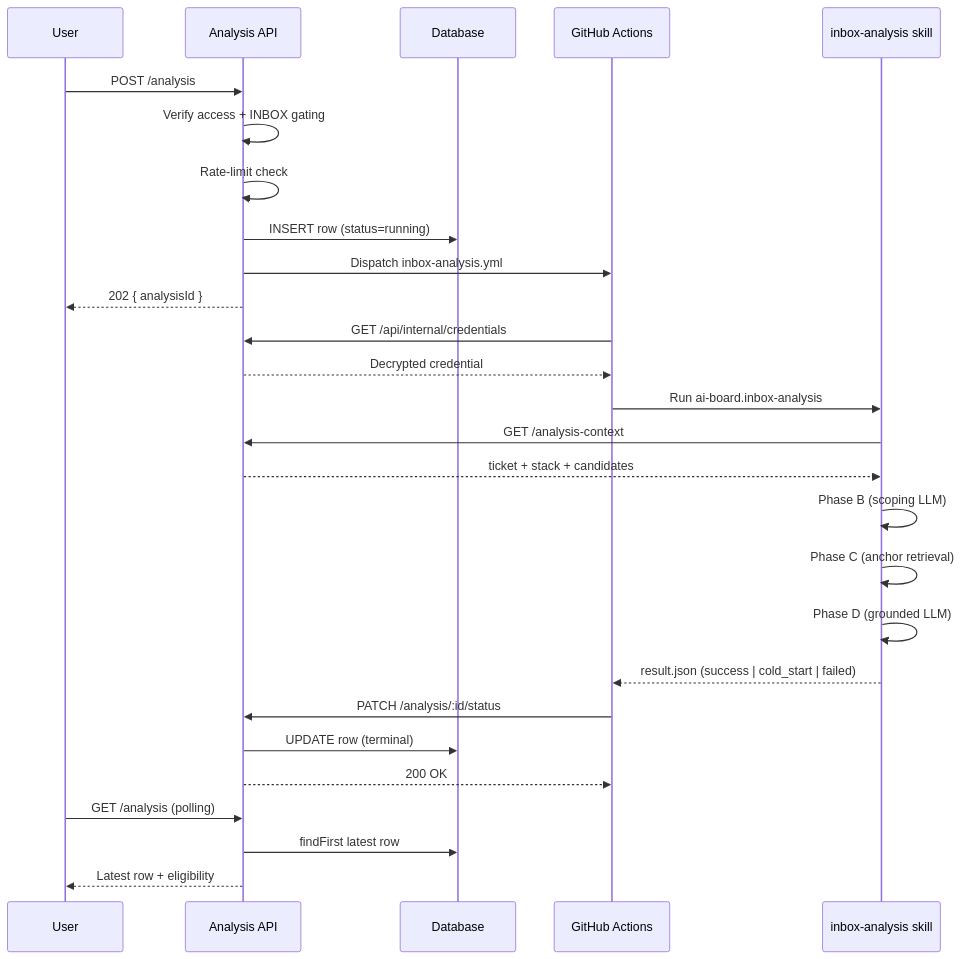
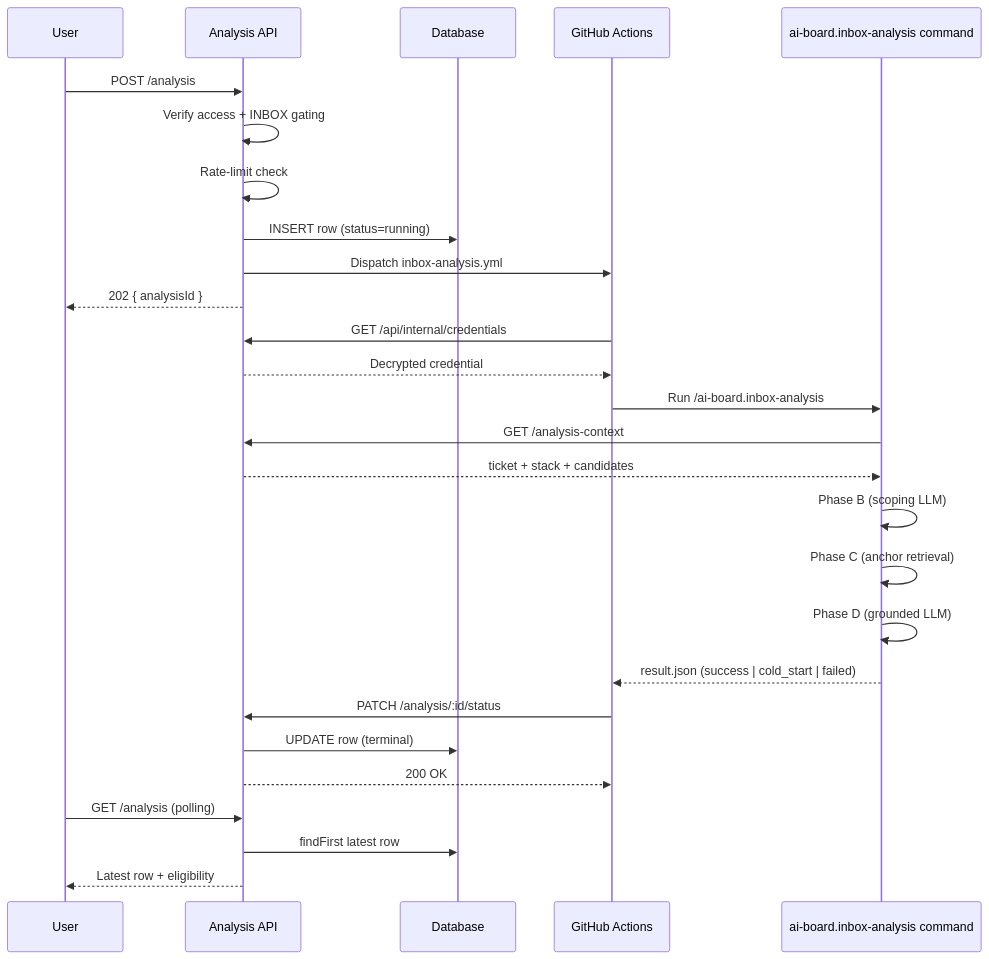
One commit to bfernandez31/ai-board changed the second of 2 diagrams in specs/specifications/technical/api/endpoints/tickets.md. Above: the diagram before and after it, drawn with Mermaid. The commit also changed other lines of this file and 23 other files, not shown here.

First line of the commit message:
refactor(ticket-AIB-743): force Claude for analysis, fix cost table, drop skills

````diff
--- a/specs/specifications/technical/api/endpoints/tickets.md
+++ b/specs/specifications/technical/api/endpoints/tickets.md
@@ -1442,33 +1442,33 @@
 ```mermaid
 sequenceDiagram
     participant U as User
     participant API as Analysis API
     participant DB as Database
     participant GH as GitHub Actions
-    participant Skill as inbox-analysis skill
+    participant Cmd as ai-board.inbox-analysis command
 
     U->>API: POST /analysis
     API->>API: Verify access + INBOX gating
     API->>API: Rate-limit check
     API->>DB: INSERT row (status=running)
     API->>GH: Dispatch inbox-analysis.yml
     API-->>U: 202 { analysisId }
 
     GH->>API: GET /api/internal/credentials
     API-->>GH: Decrypted credential
-    GH->>Skill: Run ai-board.inbox-analysis
-    Skill->>API: GET /analysis-context
-    API-->>Skill: ticket + stack + candidates
-    Skill->>Skill: Phase B (scoping LLM)
-    Skill->>Skill: Phase C (anchor retrieval)
-    Skill->>Skill: Phase D (grounded LLM)
-    Skill-->>GH: result.json (success | cold_start | failed)
+    GH->>Cmd: Run /ai-board.inbox-analysis
+    Cmd->>API: GET /analysis-context
+    API-->>Cmd: ticket + stack + candidates
+    Cmd->>Cmd: Phase B (scoping LLM)
+    Cmd->>Cmd: Phase C (anchor retrieval)
+    Cmd->>Cmd: Phase D (grounded LLM)
+    Cmd-->>GH: result.json (success | cold_start | failed)
 
     GH->>API: PATCH /analysis/:id/status
     API->>DB: UPDATE row (terminal)
     API-->>GH: 200 OK
 
     U->>API: GET /analysis (polling)
     API->>DB: findFirst latest row
     API-->>U: Latest row + eligibility
 ```
````
